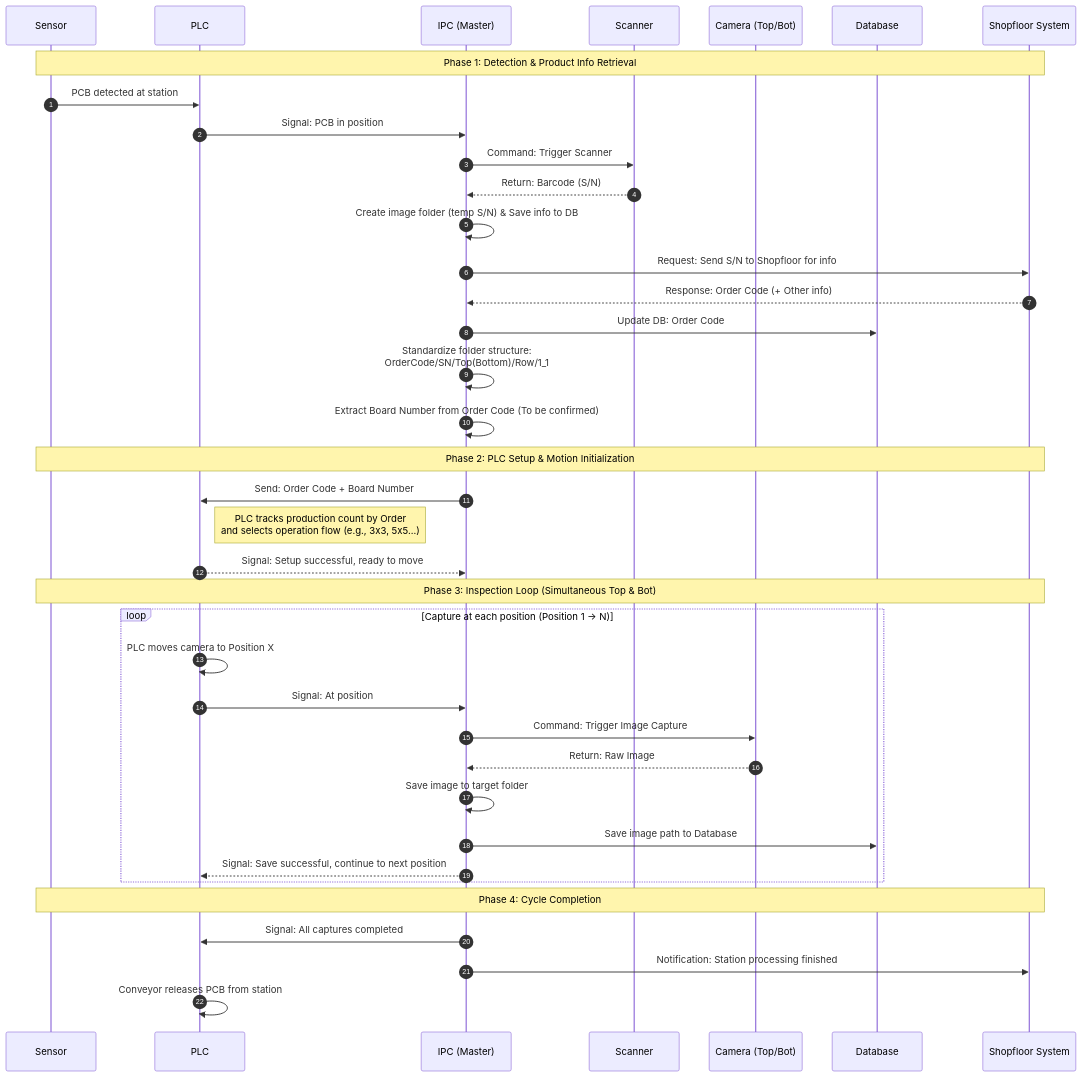
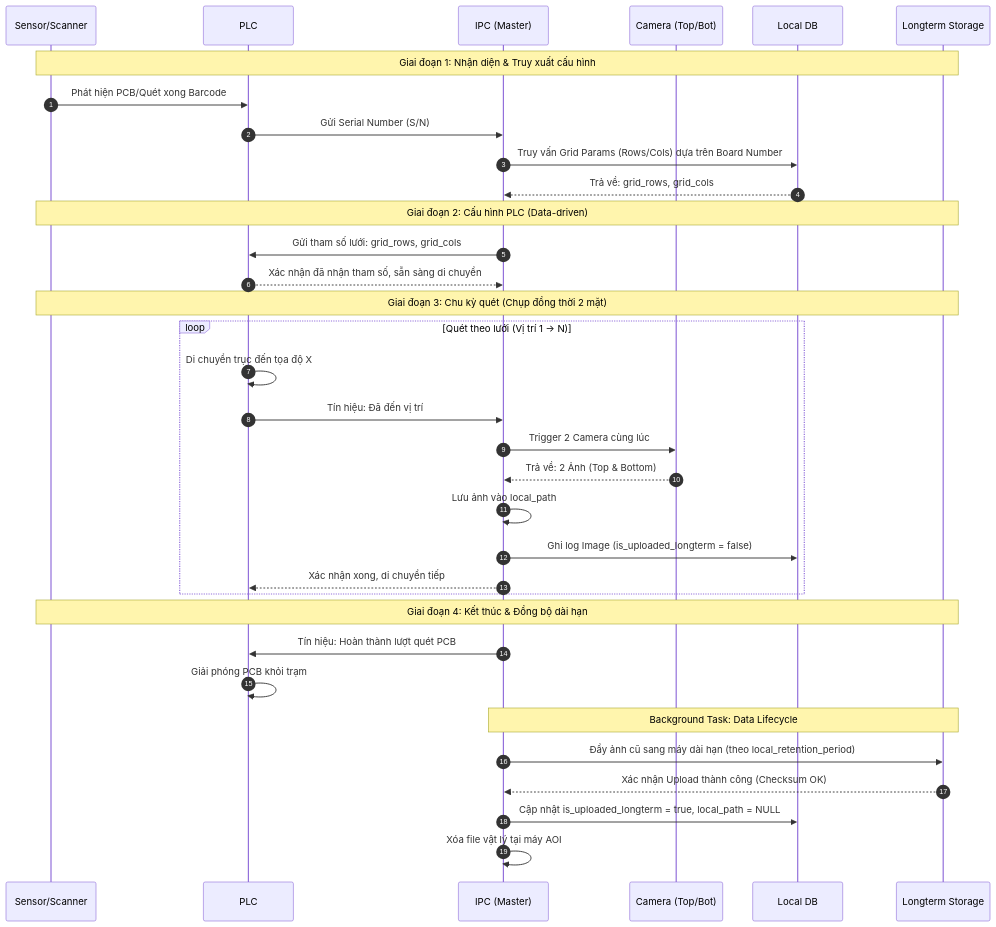
One commit to MuoiVung/NTUST_AOI changed the diagram in Architecture.md. Above: the diagram before and after it, drawn with Mermaid. The commit also changed other lines of this file and 2 other files, not shown here.

First line of the commit message:
docs: Update system architecture, database schema, and task management

````diff
--- a/Architecture.md
+++ b/Architecture.md
@@ -32,46 +28,41 @@
 ```mermaid
 sequenceDiagram
     autonumber
-    participant Sensor as Sensor
+    participant S as Sensor/Scanner
     participant P as PLC
     participant I as IPC (Master)
-    participant S as Scanner
     participant C as Camera (Top/Bot)
-    participant DB as Database
-    participant SF as Shopfloor System
+    participant DB as Local DB
+    participant LT as Longterm Storage
 
-    Note over Sensor, SF: Phase 1: Detection & Product Info Retrieval
-    Sensor->>P: PCB detected at station
-    P->>I: Signal: PCB in position
-    I->>S: Command: Trigger Scanner
-    S-->>I: Return: Barcode (S/N)
-    
-    I->>I: Create image folder (temp S/N) & Save info to DB
-    I->>SF: Request: Send S/N to Shopfloor for info
-    SF-->>I: Response: Order Code (+ Other info)
-    
-    I->>DB: Update DB: Order Code
-    I->>I: Standardize folder structure:<br/>OrderCode/SN/Top(Bottom)/Row/1_1
-    I->>I: Extract Board Number from Order Code (To be confirmed)
+    Note over S, LT: Giai đoạn 1: Nhận diện & Truy xuất cấu hình
+    S->>P: Phát hiện PCB/Quét xong Barcode
+    P->>I: Gửi Serial Number (S/N)
+    I->>DB: Truy vấn Grid Params (Rows/Cols) dựa trên Board Number
+    DB-->>I: Trả về: grid_rows, grid_cols
 
-    Note over Sensor, SF: Phase 2: PLC Setup & Motion Initialization
-    I->>P: Send: Order Code + Board Number
-    Note right of P: PLC tracks production count by Order<br/>and selects operation flow (e.g., 3x3, 5x5...)
-    P-->>I: Signal: Setup successful, ready to move
+    Note over S, LT: Giai đoạn 2: Cấu hình PLC (Data-driven)
+    I->>P: Gửi tham số lưới: grid_rows, grid_cols
+    P-->>I: Xác nhận đã nhận tham số, sẵn sàng di chuyển
 
-    Note over Sensor, SF: Phase 3: Inspection Loop (Simultaneous Top & Bot)
-    loop Capture at each position (Position 1 -> N)
-        P->>P: PLC moves camera to Position X
-        P->>I: Signal: At position
-        I->>C: Command: Trigger Image Capture
-        C-->>I: Return: Raw Image
-        I->>I: Save image to target folder
-        I->>DB: Save image path to Database
-        I-->>P: Signal: Save successful, continue to next position
+    Note over S, LT: Giai đoạn 3: Chu kỳ quét (Chụp đồng thời 2 mặt)
+    loop Quét theo lưới (Vị trí 1 -> N)
+        P->>P: Di chuyển trục đến tọa độ X
+        P->>I: Tín hiệu: Đã đến vị trí
+        I->>C: Trigger 2 Camera cùng lúc
+        C-->>I: Trả về: 2 Ảnh (Top & Bottom)
+        I->>I: Lưu ảnh vào local_path
+        I->>DB: Ghi log Image (is_uploaded_longterm = false)
+        I-->>P: Xác nhận xong, di chuyển tiếp
     end
 
-    Note over Sensor, SF: Phase 4: Cycle Completion
-    I->>P: Signal: All captures completed
-    I->>SF: Notification: Station processing finished
-    P->>P: Conveyor releases PCB from station
+    Note over S, LT: Giai đoạn 4: Kết thúc & Đồng bộ dài hạn
+    I->>P: Tín hiệu: Hoàn thành lượt quét PCB
+    P->>P: Giải phóng PCB khỏi trạm
+    
+    Note over I, LT: Background Task: Data Lifecycle
+    I->>LT: Đẩy ảnh cũ sang máy dài hạn (theo local_retention_period)
+    LT-->>I: Xác nhận Upload thành công (Checksum OK)
+    I->>DB: Cập nhật is_uploaded_longterm = true, local_path = NULL
+    I->>I: Xóa file vật lý tại máy AOI
 ```
````
